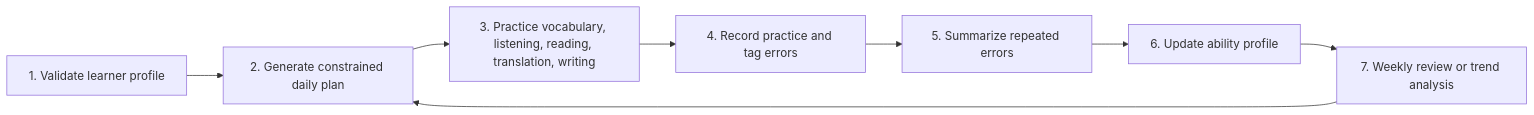
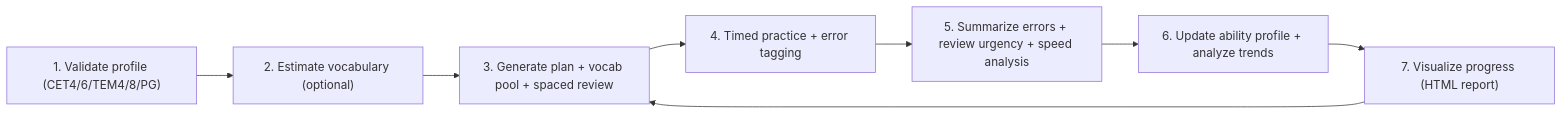
The second of 2 diagrams in docs/architecture.md (SFEW888/ExamLex), drawn with Mermaid before and after one commit. The commit also changed other lines of this file and 2 other files, not shown here.

Commit message:
Update English documentation: usage, architecture, getting-started
- Update docs/usage.md with new CLI commands: vocab-estimate, timed practice, visualize, backup --verify, --incremental
- Update learning loop to include vocab estimation, spaced review, timed practice, visualization
- Update docs/architecture.md with updated mermaid diagrams and all new components
- Update docs/getting-started.md with exam support table and new features list
- All English docs now consistently reference P1/P2/P3 features

````diff
--- a/docs/architecture.md
+++ b/docs/architecture.md
@@ -24,10 +24,10 @@
 ```mermaid
 flowchart LR
-    Intake["1. Validate learner profile"] --> Plan["2. Generate constrained daily plan"]
-    Plan --> Practice["3. Practice vocabulary, listening, reading, translation, writing"]
-    Practice --> Record["4. Record practice and tag errors"]
-    Record --> Summary["5. Summarize repeated errors"]
-    Summary --> Ability["6. Update ability profile"]
-    Ability --> Review["7. Weekly review or trend analysis"]
+    Intake["1. Validate profile (CET4/6/TEM4/8/PG)"] --> Vocab["2. Estimate vocabulary (optional)"]
+    Vocab --> Plan["3. Generate plan + vocab pool + spaced review"]
+    Plan --> Practice["4. Timed practice + error tagging"]
+    Practice --> Record["5. Summarize errors + review urgency + speed analysis"]
+    Record --> Ability["6. Update ability profile + analyze trends"]
+    Ability --> Review["7. Visualize progress (HTML report)"]
     Review --> Plan
 ```
````
